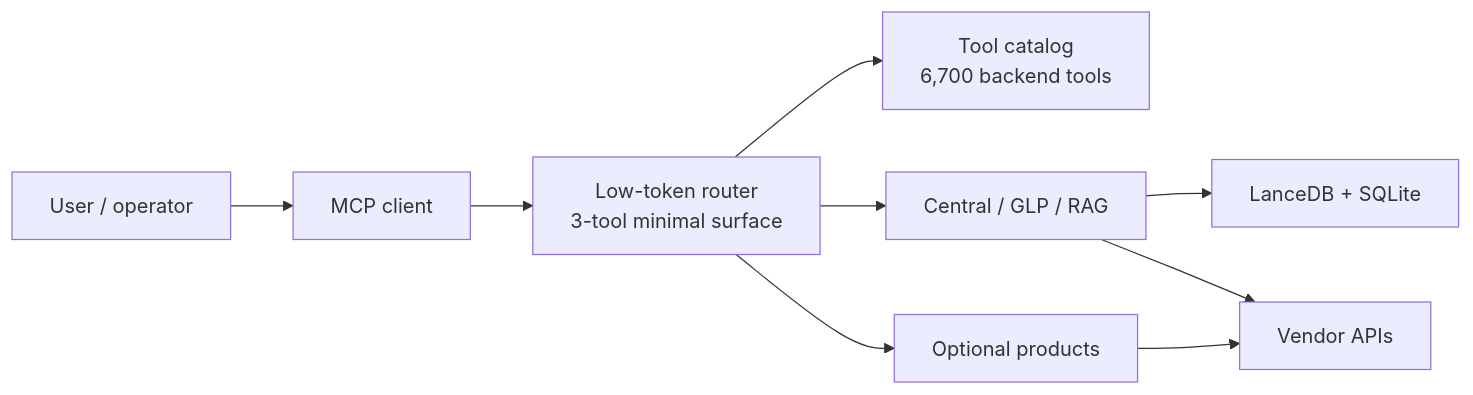
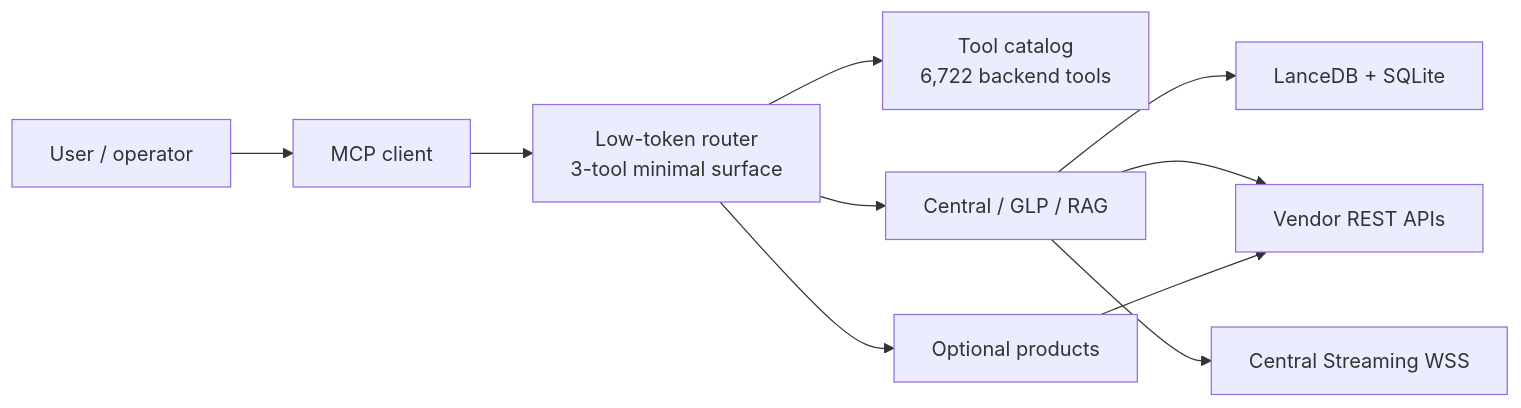
The diagram in docs/diagrams/runtime-overview.mmd (secure-ssid/hpe-networking-mcp), drawn with Mermaid before and after one commit. The commit also changed 89 other files, not shown here.

```diff
--- a/docs/diagrams/runtime-overview.mmd
+++ b/docs/diagrams/runtime-overview.mmd
@@ -1,17 +1,19 @@
 flowchart LR
     user["User / operator"]
     client["MCP client"]
     router["Low-token router<br/>3-tool minimal surface"]
-    catalog["Tool catalog<br/>6,700 backend tools"]
+    catalog["Tool catalog<br/>6,722 backend tools"]
     core["Central / GLP / RAG"]
+    streaming["Central Streaming WSS"]
     optional["Optional products"]
     indexes["LanceDB + SQLite"]
-    apis["Vendor APIs"]
+    apis["Vendor REST APIs"]
 
     user --> client --> router
     router --> catalog
     router --> core
     router --> optional
     core --> indexes
     core --> apis
+    core --> streaming
     optional --> apis
```
